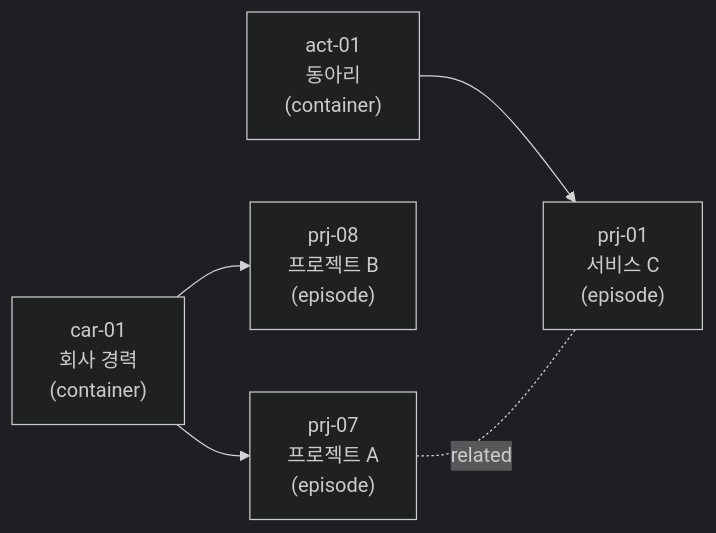
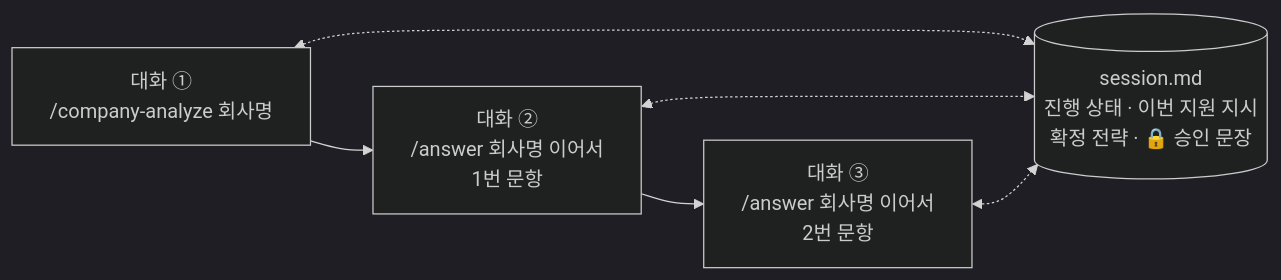
One commit to ssxrxbx/Resume changed the third of 3 diagrams in README.md. Above: the diagram before and after it, drawn with Mermaid (dark theme). The commit also changed other lines of this file and 1 other file, not shown here.

````diff
--- a/README.md
+++ b/README.md
@@ -348,7 +52,6 @@
 ```mermaid
 flowchart LR
-    CAR["car-01<br/>회사 경력<br/>(container)"] --> P1["prj-07<br/>프로젝트 A<br/>(episode)"]
-    CAR --> P2["prj-08<br/>프로젝트 B<br/>(episode)"]
-    ACT["act-01<br/>동아리<br/>(container)"] --> P3["prj-01<br/>서비스 C<br/>(episode)"]
-    P1 -. related .- P3
+    S1["대화 ①<br/>/company-analyze 회사명"] --> S2["대화 ②<br/>/answer 회사명 이어서<br/>1번 문항"]
+    S2 --> S3["대화 ③<br/>/answer 회사명 이어서<br/>2번 문항"]
+    S1 & S2 & S3 <-.-> M[("session.md<br/>진행 상태 · 이번 지원 지시<br/>확정 전략 · 🔒 승인 문장")]
 ```
````
